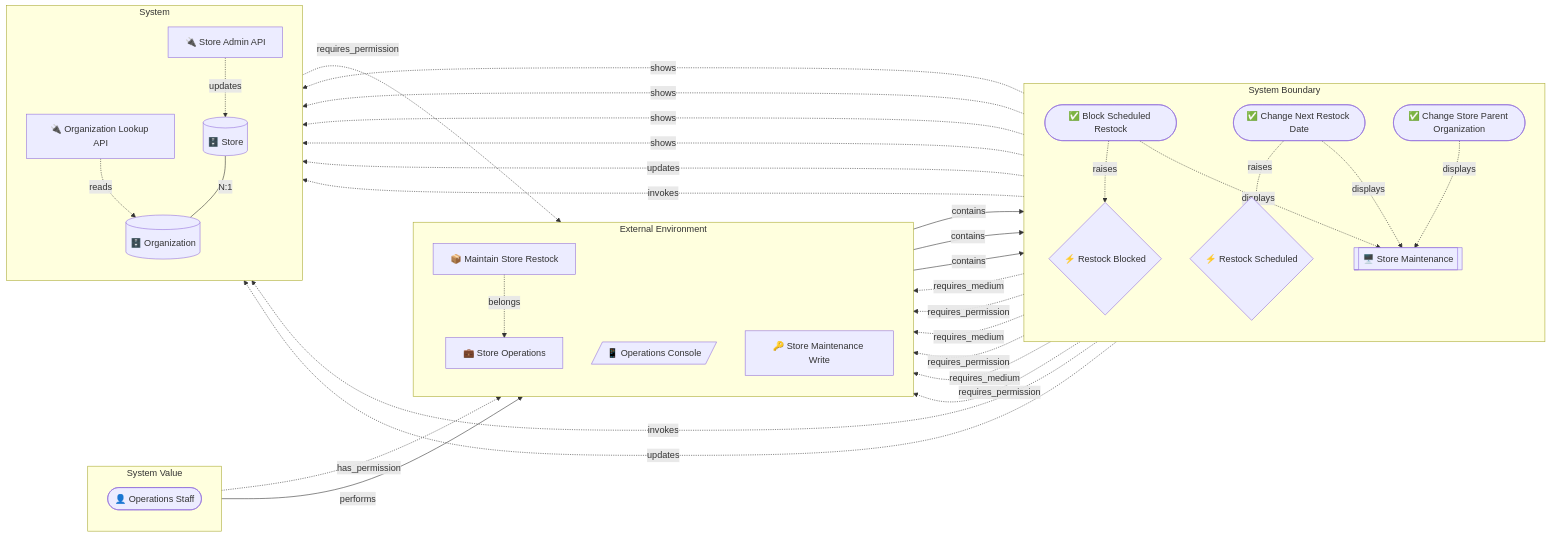
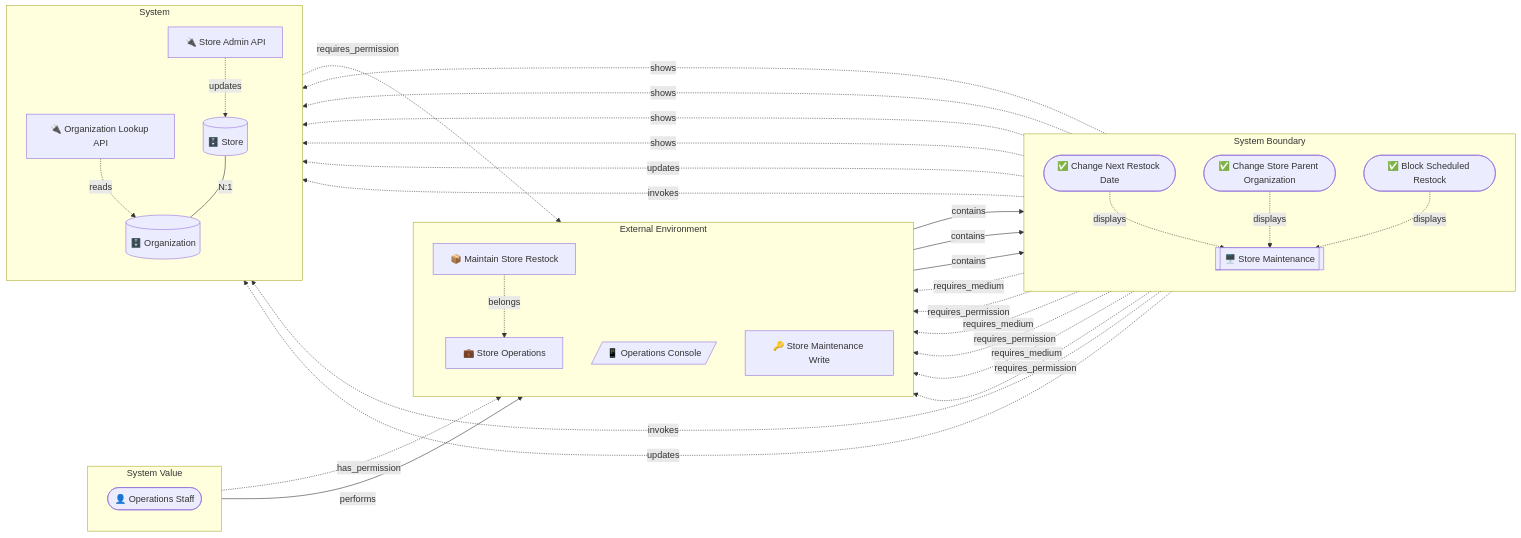
Before and after one commit to manji-0/rdra-ish-dsl: the diagram in samples/incremental-order/step-6-business-rules/out/object_graph_buc_store_restock.mmd, drawn with Mermaid. The commit also changed 100 other files, not shown here.

```diff
--- a/samples/incremental-order/step-6-business-rules/out/object_graph_buc_store_restock.mmd
+++ b/samples/incremental-order/step-6-business-rules/out/object_graph_buc_store_restock.mmd
@@ -1,57 +1,53 @@
 flowchart LR
   subgraph layer_value[System Value]
     direction TB
     OpsStaff(["👤 Operations Staff"])
   end
   subgraph layer_environment[External Environment]
     direction TB
     StoreOperations["💼 Store Operations"]
     BucStoreRestock["📦 Maintain Store Restock"]
     OpsConsole[/"📱 Operations Console"/]
     StoreMaintenanceWrite["🔑 Store Maintenance Write"]
   end
   subgraph layer_boundary[System Boundary]
     direction TB
     BlockScheduledRestock(["✅ Block Scheduled Restock"])
     ChangeNextRestockDate(["✅ Change Next Restock Date"])
     ChangeStoreParentOrganization(["✅ Change Store Parent Organization"])
     StoreMaintenanceScreen[["🖥️ Store Maintenance"]]
-    RestockBlocked{"⚡ Restock Blocked"}
-    RestockScheduled{"⚡ Restock Scheduled"}
   end
   subgraph layer_system[System]
     direction TB
     OrganizationLookupApi["🔌 Organization Lookup API"]
     StoreAdminApi["🔌 Store Admin API"]
     Organization[("🗄️ Organization")]
     Store[("🗄️ Store")]
   end
   OpsStaff -.->|has_permission| StoreMaintenanceWrite
   OpsStaff -->|performs| BucStoreRestock
   StoreAdminApi -.->|requires_permission| StoreMaintenanceWrite
   StoreAdminApi -.->|updates| Store
   OrganizationLookupApi -.->|reads| Organization
   BucStoreRestock -.->|belongs| StoreOperations
   BucStoreRestock -->|contains| ChangeNextRestockDate
   BucStoreRestock -->|contains| ChangeStoreParentOrganization
   BucStoreRestock -->|contains| BlockScheduledRestock
   Store ---|N:1| Organization
   StoreMaintenanceScreen -.->|shows| Store
   StoreMaintenanceScreen -.->|shows| Store
   StoreMaintenanceScreen -.->|shows| Store
   StoreMaintenanceScreen -.->|shows| Organization
   ChangeNextRestockDate -.->|displays| StoreMaintenanceScreen
-  ChangeNextRestockDate -.->|raises| RestockScheduled
   ChangeNextRestockDate -.->|requires_medium| OpsConsole
   ChangeNextRestockDate -.->|requires_permission| StoreMaintenanceWrite
   ChangeNextRestockDate -.->|updates| Store
   ChangeStoreParentOrganization -.->|displays| StoreMaintenanceScreen
   ChangeStoreParentOrganization -.->|invokes| StoreAdminApi
   ChangeStoreParentOrganization -.->|invokes| OrganizationLookupApi
   ChangeStoreParentOrganization -.->|requires_medium| OpsConsole
   ChangeStoreParentOrganization -.->|requires_permission| StoreMaintenanceWrite
   BlockScheduledRestock -.->|displays| StoreMaintenanceScreen
-  BlockScheduledRestock -.->|raises| RestockBlocked
   BlockScheduledRestock -.->|requires_medium| OpsConsole
   BlockScheduledRestock -.->|requires_permission| StoreMaintenanceWrite
   BlockScheduledRestock -.->|updates| Store
```
